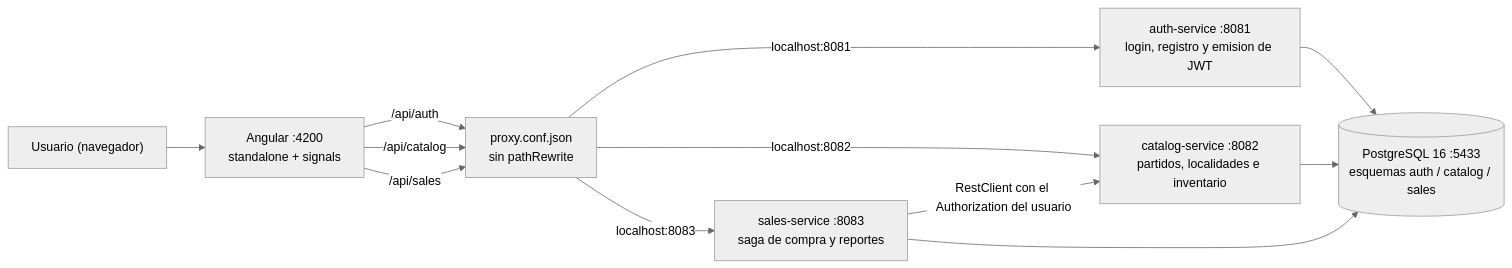
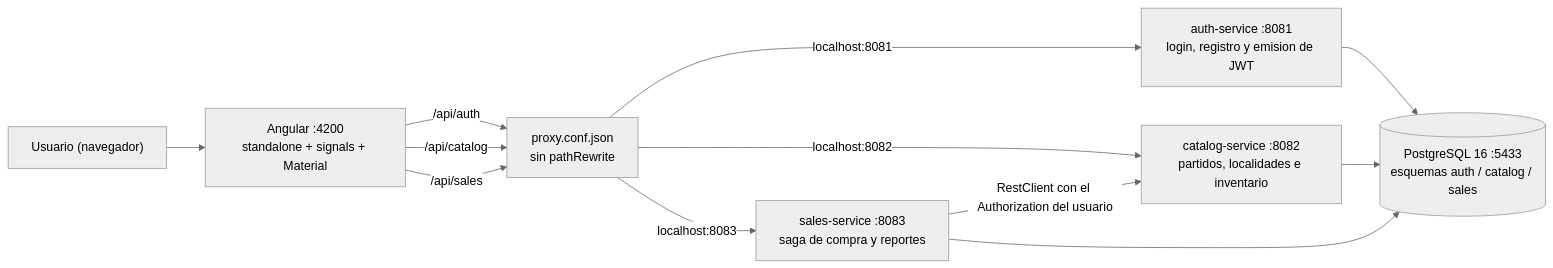
The first of 2 diagrams in README.md (10carabal/valle-oro-puro), drawn with Mermaid (neutral theme) before and after one commit. The commit also changed other lines of this file and 26 other files, not shown here.

Commit message:
feat(frontend): red/white design system, Angular Material auth screens and Refactoring UI polish

````diff
--- a/README.md
+++ b/README.md
@@ -31,22 +32,22 @@
 ```mermaid
 flowchart LR
     U["Usuario (navegador)"]
-    ANG["Angular :4200<br/>standalone + signals"]
+    ANG["Angular :4200<br/>standalone + signals + Material"]
     PROXY["proxy.conf.json<br/>sin pathRewrite"]
     AUTH["auth-service :8081<br/>login, registro y emision de JWT"]
     CAT["catalog-service :8082<br/>partidos, localidades e inventario"]
     SALES["sales-service :8083<br/>saga de compra y reportes"]
     PG[("PostgreSQL 16 :5433<br/>esquemas auth / catalog / sales")]
 
     U --> ANG
     ANG -->|"/api/auth"| PROXY
     ANG -->|"/api/catalog"| PROXY
     ANG -->|"/api/sales"| PROXY
     PROXY -->|"localhost:8081"| AUTH
     PROXY -->|"localhost:8082"| CAT
     PROXY -->|"localhost:8083"| SALES
     SALES -->|"RestClient con el Authorization del usuario"| CAT
     AUTH --> PG
     CAT --> PG
     SALES --> PG
 ```
````
